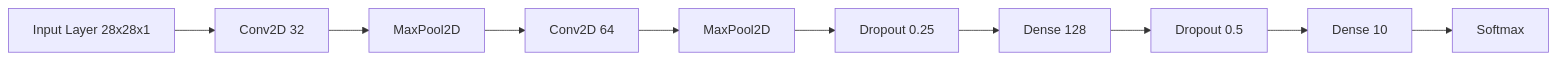
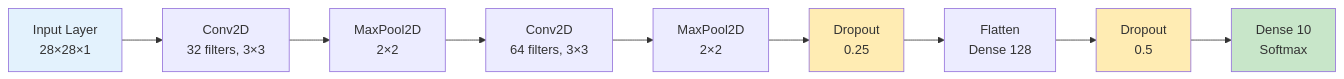
One commit to Kedhareswer/Digit_Classifier changed the seventh of 8 diagrams in README.md. Above: the diagram before and after it, drawn with Mermaid. The commit also changed other lines of this file, not shown here.

````diff
--- a/README.md
+++ b/README.md
@@ -240,12 +968,16 @@
 ```mermaid
 graph LR
-    A[Input Layer 28x28x1] --> B[Conv2D 32]
-    B --> C[MaxPool2D]
-    C --> D[Conv2D 64]
-    D --> E[MaxPool2D]
-    E --> F[Dropout 0.25]
-    F --> G[Dense 128]
-    G --> H[Dropout 0.5]
-    H --> I[Dense 10]
-    I --> J[Softmax]
+    A[Input Layer<br>28×28×1] --> B[Conv2D<br>32 filters, 3×3]
+    B --> C[MaxPool2D<br>2×2]
+    C --> D[Conv2D<br>64 filters, 3×3]
+    D --> E[MaxPool2D<br>2×2]
+    E --> F[Dropout<br>0.25]
+    F --> G[Flatten<br>Dense 128]
+    G --> H[Dropout<br>0.5]
+    H --> I[Dense 10<br>Softmax]
+    
+    style A fill:#e3f2fd
+    style I fill:#c8e6c9
+    style F fill:#ffecb3
+    style H fill:#ffecb3
 ```
````
